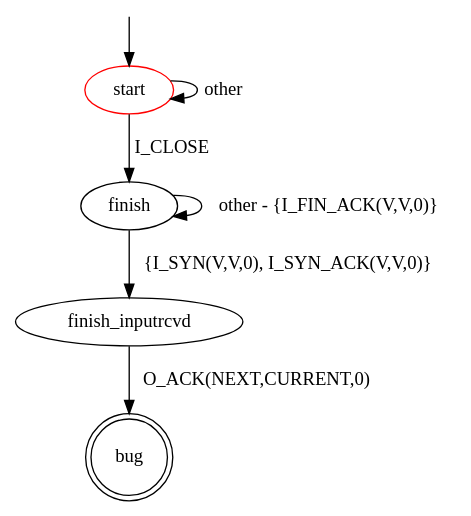
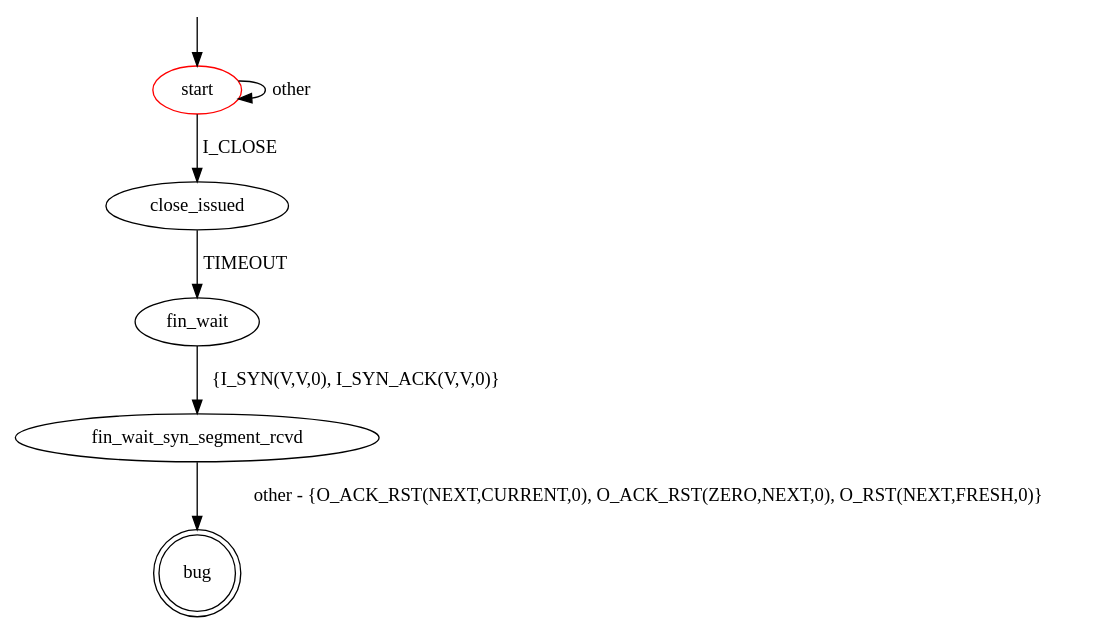
One commit to assist-project/state-machine-bug-finder changed the diagram in src/main/resources/patterns/tcp/client/invalid_response_to_syn_segment_fin_wait.dot. Above: the diagram before and after it, drawn with Graphviz. The commit also changed 4 other files, not shown here.

Commit message:
Fix bug patterns regarding receiving SYN segment. Adjust test case.

```diff
--- a/src/main/resources/patterns/tcp/client/invalid_response_to_syn_segment_fin_wait.dot
+++ b/src/main/resources/patterns/tcp/client/invalid_response_to_syn_segment_fin_wait.dot
@@ -1,14 +1,17 @@
 digraph G {
 label=""
 start [color="red"]
 bug [shape="doublecircle"]
 
-start -> finish [label="I_CLOSE"]
+start -> close_issued [label="I_CLOSE"]
 start -> start [label="other"]
-finish -> finish [label="other - {I_FIN_ACK(V,V,0)}"]
-finish -> finish_inputrcvd [label="{I_SYN(V,V,0), I_SYN_ACK(V,V,0)}"]
-finish_inputrcvd -> bug [label="O_ACK(NEXT,CURRENT,0)"]
+
+close_issued -> fin_wait [label="TIMEOUT"]
+
+fin_wait -> fin_wait_syn_segment_rcvd [label="{I_SYN(V,V,0), I_SYN_ACK(V,V,0)}"]
+
+fin_wait_syn_segment_rcvd -> bug [label="other - {O_ACK_RST(NEXT,CURRENT,0), O_ACK_RST(ZERO,NEXT,0), O_RST(NEXT,FRESH,0)}"]
 
 __start0 [label="" shape="none" width="0" height="0"];
 __start0 -> start;
 }
```
